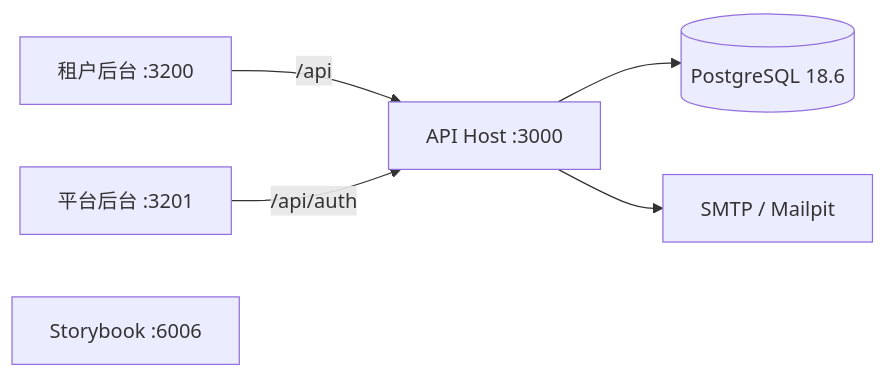
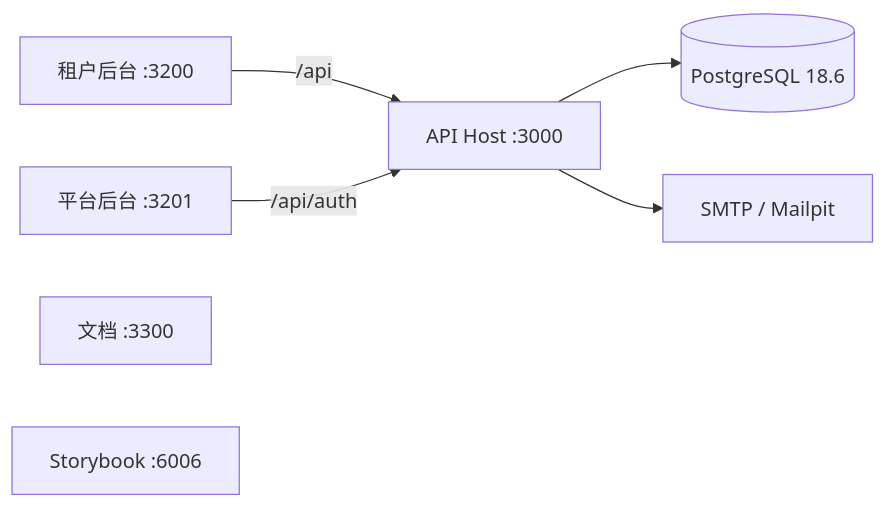
Before and after one commit to huanancaoo/enterprise-admin: the diagram in README.md, drawn with Mermaid. The commit also changed other lines of this file and 107 other files, not shown here.

````diff
--- a/README.md
+++ b/README.md
@@ -45,8 +46,9 @@
 ```mermaid
 flowchart LR
   Tenant["租户后台 :3200"] -->|/api| API["API Host :3000"]
   Platform["平台后台 :3201"] -->|/api/auth| API
   API --> PG[("PostgreSQL 18.6")]
   API --> Mail["SMTP / Mailpit"]
+  Docs["文档 :3300"]
   Storybook["Storybook :6006"]
 ```
````
